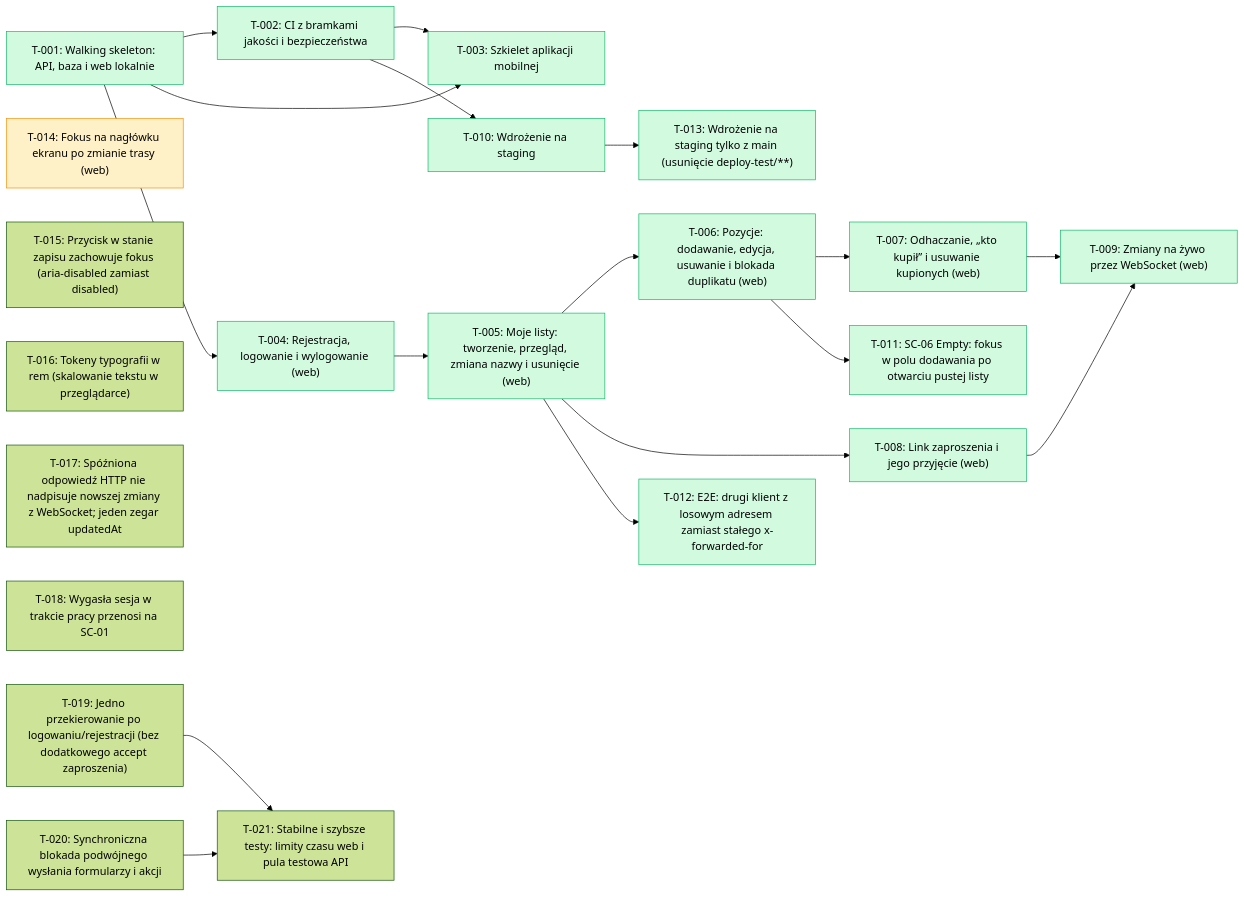
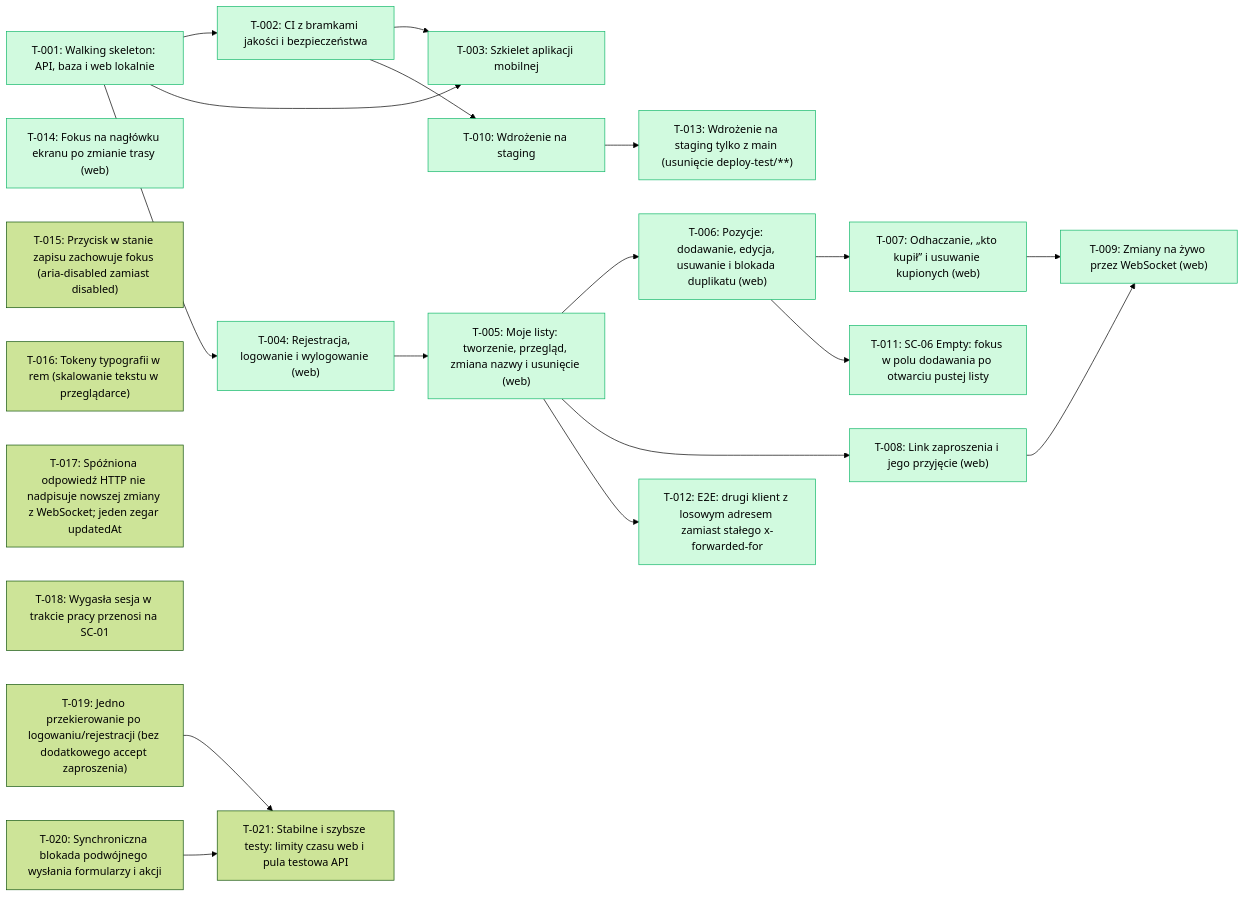
The diagram in docs/backlog/index.md (tombraz/lista-zakupow), drawn with Mermaid (forest theme) before and after one commit. The commit also changed other lines of this file and 1 other file, not shown here.

````diff
--- a/docs/backlog/index.md
+++ b/docs/backlog/index.md
@@ -22,44 +22,44 @@
 ```mermaid
 flowchart LR
   T_001["T-001: Walking skeleton: API, baza i web lokalnie"]:::done
   T_002["T-002: CI z bramkami jakości i bezpieczeństwa"]:::done
   T_003["T-003: Szkielet aplikacji mobilnej"]:::done
   T_004["T-004: Rejestracja, logowanie i wylogowanie (web)"]:::done
   T_005["T-005: Moje listy: tworzenie, przegląd, zmiana nazwy i usunięcie (web)"]:::done
   T_006["T-006: Pozycje: dodawanie, edycja, usuwanie i blokada duplikatu (web)"]:::done
   T_007["T-007: Odhaczanie, „kto kupił” i usuwanie kupionych (web)"]:::done
   T_008["T-008: Link zaproszenia i jego przyjęcie (web)"]:::done
   T_009["T-009: Zmiany na żywo przez WebSocket (web)"]:::done
   T_010["T-010: Wdrożenie na staging"]:::done
   T_011["T-011: SC-06 Empty: fokus w polu dodawania po otwarciu pustej listy"]:::done
   T_012["T-012: E2E: drugi klient z losowym adresem zamiast stałego x-forwarded-for"]:::done
   T_013["T-013: Wdrożenie na staging tylko z main (usunięcie deploy-test/**)"]:::done
-  T_014["T-014: Fokus na nagłówku ekranu po zmianie trasy (web)"]:::wip
+  T_014["T-014: Fokus na nagłówku ekranu po zmianie trasy (web)"]:::done
   T_015["T-015: Przycisk w stanie zapisu zachowuje fokus (aria-disabled zamiast disabled)"]
   T_016["T-016: Tokeny typografii w rem (skalowanie tekstu w przeglądarce)"]
   T_017["T-017: Spóźniona odpowiedź HTTP nie nadpisuje nowszej zmiany z WebSocket; jeden zegar updatedAt"]
   T_018["T-018: Wygasła sesja w trakcie pracy przenosi na SC-01"]
   T_019["T-019: Jedno przekierowanie po logowaniu/rejestracji (bez dodatkowego accept zaproszenia)"]
   T_020["T-020: Synchroniczna blokada podwójnego wysłania formularzy i akcji"]
   T_021["T-021: Stabilne i szybsze testy: limity czasu web i pula testowa API"]
   T_001 --> T_002
   T_001 --> T_003
   T_002 --> T_003
   T_001 --> T_004
   T_004 --> T_005
   T_005 --> T_006
   T_006 --> T_007
   T_005 --> T_008
   T_007 --> T_009
   T_008 --> T_009
   T_002 --> T_010
   T_006 --> T_011
   T_005 --> T_012
   T_010 --> T_013
   T_019 --> T_021
   T_020 --> T_021
   classDef done fill:#d1fadf,stroke:#12b76a
   classDef wip fill:#fef0c7,stroke:#f79009
   classDef qa fill:#e0eaff,stroke:#2970ff
   classDef blocked fill:#fee4e2,stroke:#f04438
 ```
````
